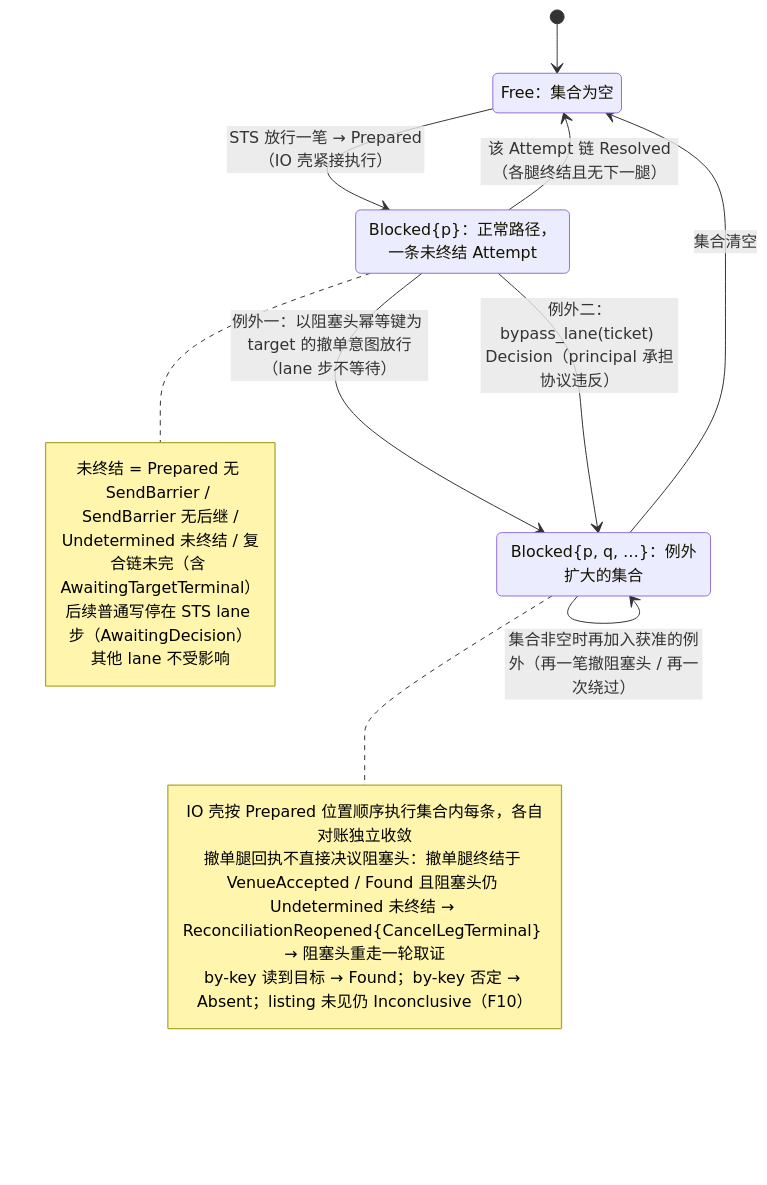
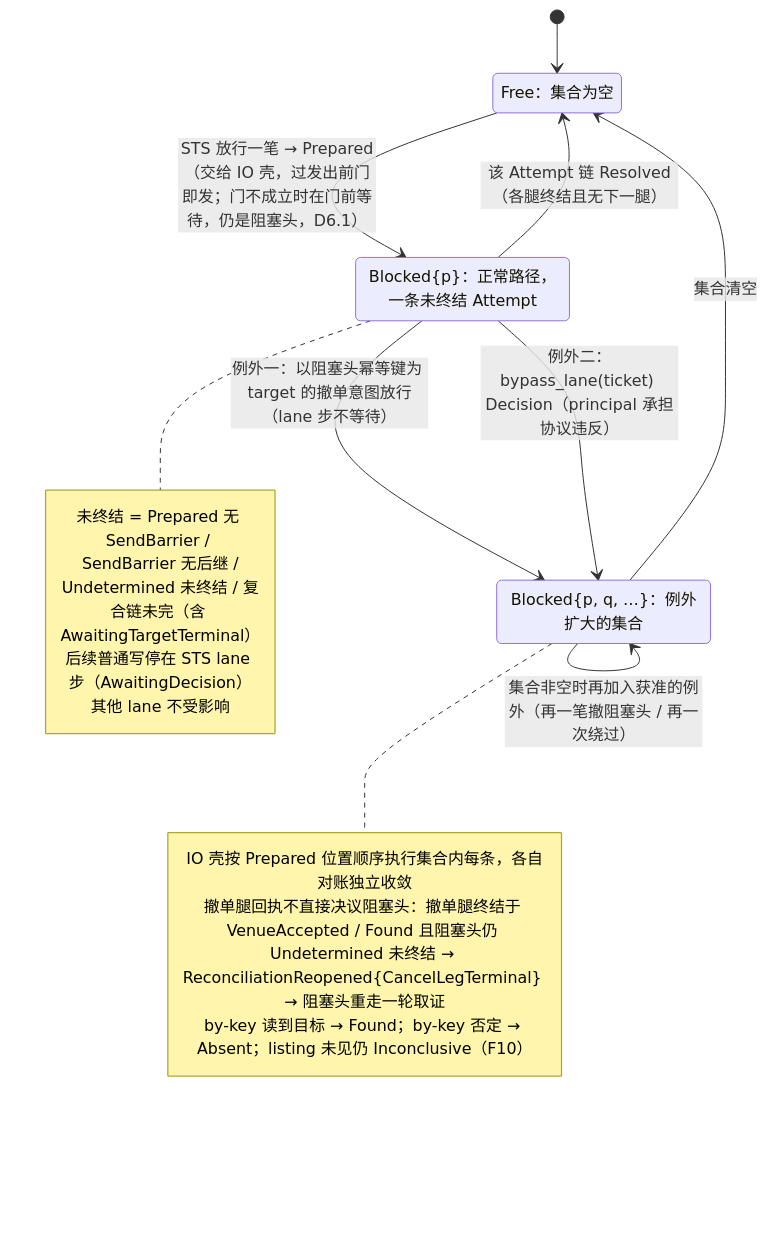
Before and after one commit to mouriya-s-lab/uta: the fourth of 6 diagrams in design/diagrams/05-ticket-and-sts.md, drawn with Mermaid. The commit also changed other lines of this file and 19 other files, not shown here.

Commit message:
design: integrate contract clusters — one-to-many receipt/reconciliation records with per-record attribution, read_model signatures per kind, unified not-called read outcomes, observation-record wording across diagrams, reference and glossary alignment

````diff
--- a/design/diagrams/05-ticket-and-sts.md
+++ b/design/diagrams/05-ticket-and-sts.md
@@ -127,25 +127,25 @@
 ```mermaid
 stateDiagram-v2
   state "Free：集合为空" as Free
   state "Blocked{p}：正常路径，一条未终结 Attempt" as B1
   state "Blocked{p, q, …}：例外扩大的集合" as BN
   [*] --> Free
-  Free --> B1 : STS 放行一笔 → Prepared（IO 壳紧接执行）
+  Free --> B1 : STS 放行一笔 → Prepared（交给 IO 壳，过发出前门即发；门不成立时在门前等待，仍是阻塞头，D6.1）
   B1 --> Free : 该 Attempt 链 Resolved（各腿终结且无下一腿）
   B1 --> BN : 例外一：以阻塞头幂等键为 target 的撤单意图放行（lane 步不等待）
   B1 --> BN : 例外二：bypass_lane(ticket) Decision（principal 承担协议违反）
   BN --> BN : 集合内任一链 Resolved 但集合非空（只移出自己）
   BN --> BN : 集合非空时再加入获准的例外（再一笔撤阻塞头 / 再一次绕过）
   BN --> Free : 集合清空
   note right of B1
     未终结 = Prepared 无 SendBarrier / SendBarrier 无后继 /
     Undetermined 未终结 / 复合链未完（含 AwaitingTargetTerminal）
     后续普通写停在 STS lane 步（AwaitingDecision）
     其他 lane 不受影响
   end note
   note right of BN
     IO 壳按 Prepared 位置顺序执行集合内每条，各自对账独立收敛
     撤单腿回执不直接决议阻塞头：撤单腿终结于 VenueAccepted / Found 且阻塞头仍 Undetermined 未终结 → ReconciliationReopened{CancelLegTerminal} → 阻塞头重走一轮取证
     by-key 读到目标 → Found；by-key 否定 → Absent；listing 未见仍 Inconclusive（F10）
   end note
 ```
````
